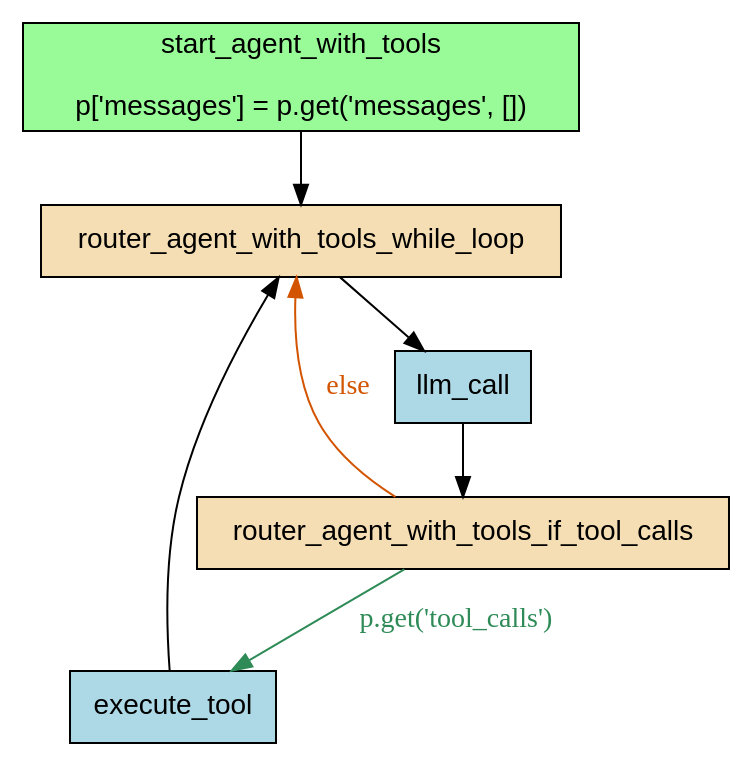
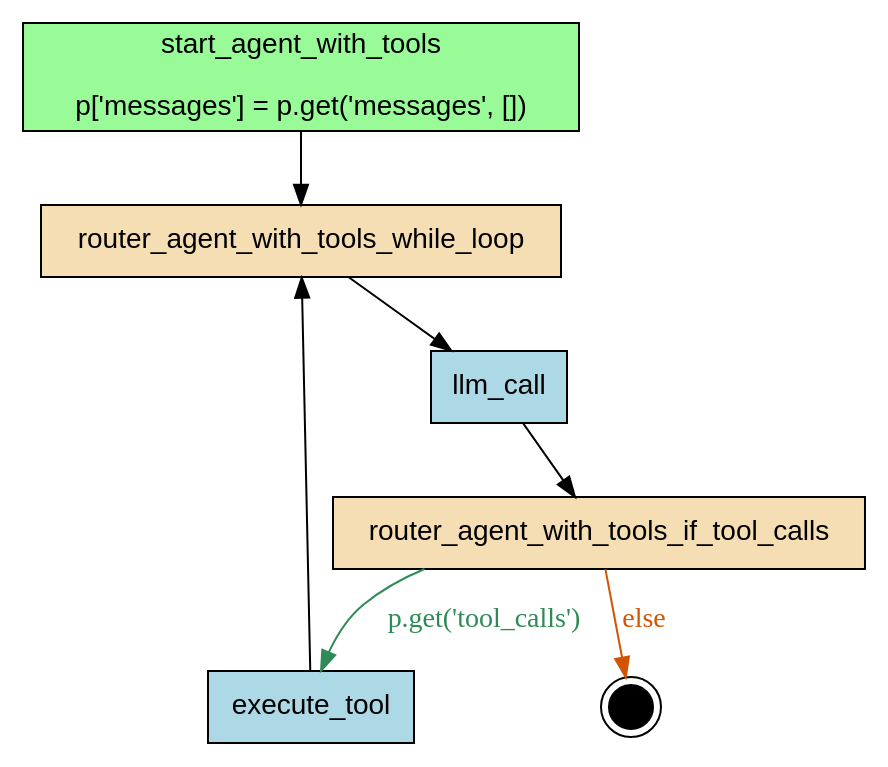
Before and after one commit to deliveryhero/asya: the diagram in examples/flows/compiled/react_loop/flow.dot, drawn with Graphviz. The commit also changed 918 other files, not shown here.

Commit message:
chore: recompile example flows with __end__ node and volume mounts

```diff
--- a/examples/flows/compiled/react_loop/flow.dot
+++ b/examples/flows/compiled/react_loop/flow.dot
@@ -1,19 +1,20 @@
 digraph "agent_with_tools" {
     rankdir=TB;
     node [shape=box, style=filled, fontname="Helvetica"];
 
     { rank=source; start_agent_with_tools; }
 
+    __end__ [label="", shape=doublecircle, fillcolor=black, width=0.3, fixedsize=true];
     execute_tool [label="execute_tool", fillcolor=lightblue];
     llm_call [label="llm_call", fillcolor=lightblue];
     router_agent_with_tools_if_tool_calls [label="router_agent_with_tools_if_tool_calls", fillcolor=wheat];
     router_agent_with_tools_while_loop [label="router_agent_with_tools_while_loop", fillcolor=wheat];
     start_agent_with_tools [label="start_agent_with_tools\n\np['messages'] = p.get('messages', [])", fillcolor=palegreen];
 
     start_agent_with_tools -> router_agent_with_tools_while_loop;
     router_agent_with_tools_if_tool_calls -> execute_tool [label="p.get('tool_calls')", color="#2E8B57", fontcolor="#2E8B57"];
+    router_agent_with_tools_if_tool_calls -> __end__ [label="else", color="#D35400", fontcolor="#D35400"];
     router_agent_with_tools_while_loop -> llm_call;
     llm_call -> router_agent_with_tools_if_tool_calls;
     execute_tool -> router_agent_with_tools_while_loop;
-    router_agent_with_tools_if_tool_calls -> router_agent_with_tools_while_loop [label="else", color="#D35400", fontcolor="#D35400"];
 }
```
